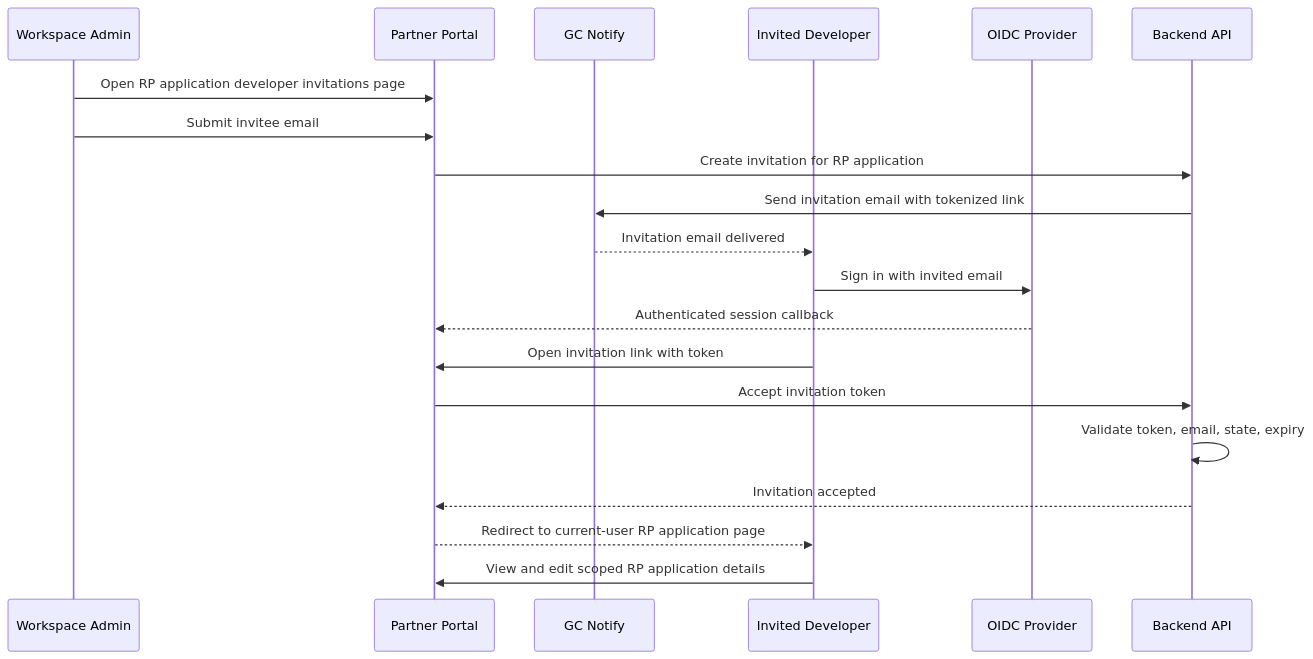
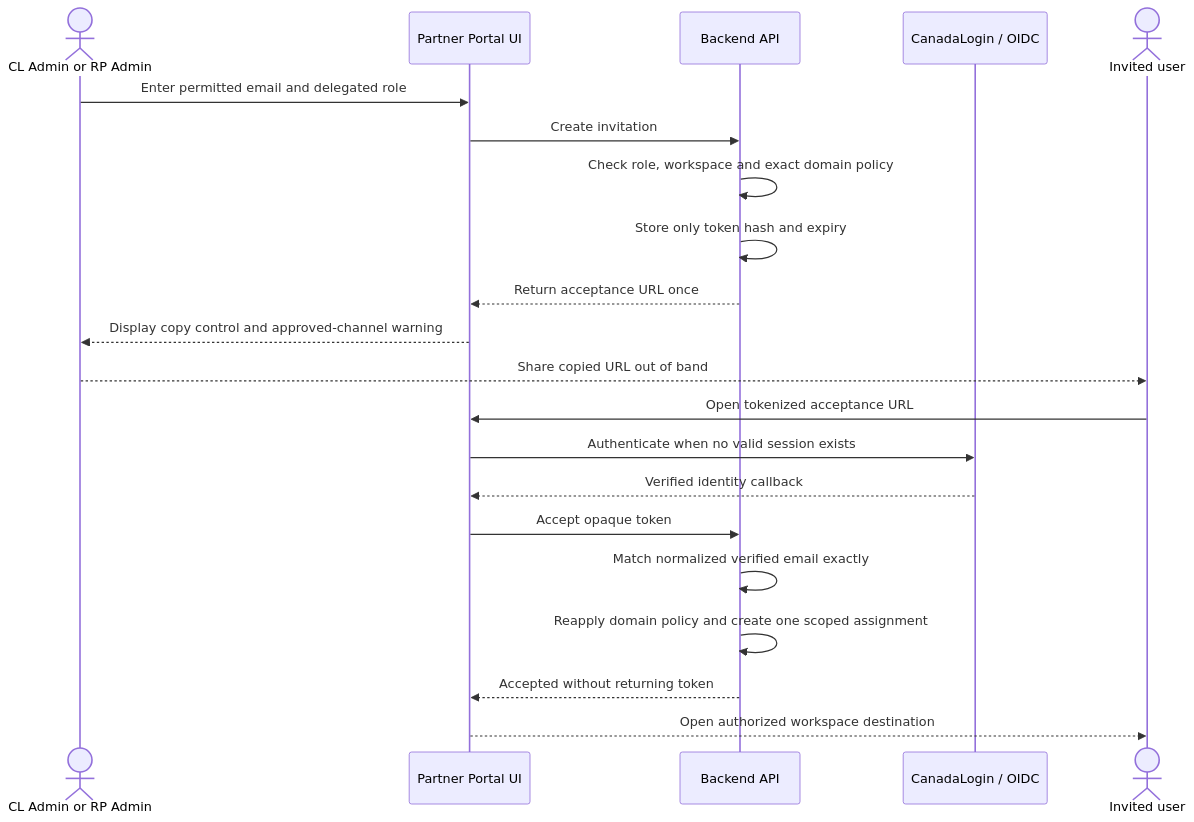
Before and after one commit to cds-snc/canadalogin-partner-portal: the third of 5 diagrams in docs/plans/partner-portal-diagrams.md, drawn with Mermaid. The commit also changed other lines of this file and 1343 other files, not shown here.

First line of the commit message:
feat(portal): deliver MVP2 onboarding, RP configuration, and invitation workflows (#160)

````diff
--- a/docs/plans/partner-portal-diagrams.md
+++ b/docs/plans/partner-portal-diagrams.md
@@ -106,24 +130,25 @@
 ```mermaid
 sequenceDiagram
-    participant Admin as Workspace Admin
-    participant Portal as Partner Portal
-    participant Notify as GC Notify
-    participant Invitee as Invited Developer
-    participant OIDC as OIDC Provider
+    actor Admin as CL Admin or RP Admin
+    participant Portal as Partner Portal UI
     participant API as Backend API
+    participant OIDC as CanadaLogin / OIDC
+    actor Invitee as Invited user
 
-    Admin->>Portal: Open RP application developer invitations page
-    Admin->>Portal: Submit invitee email
-    Portal->>API: Create invitation for RP application
-    API->>Notify: Send invitation email with tokenized link
-    Notify-->>Invitee: Invitation email delivered
+    Admin->>Portal: Enter permitted email and delegated role
+    Portal->>API: Create invitation
+    API->>API: Check role, workspace and exact domain policy
+    API->>API: Store only token hash and expiry
+    API-->>Portal: Return acceptance URL once
+    Portal-->>Admin: Display copy control and approved-channel warning
+    Admin-->>Invitee: Share copied URL out of band
 
-    Invitee->>OIDC: Sign in with invited email
-    OIDC-->>Portal: Authenticated session callback
-    Invitee->>Portal: Open invitation link with token
-    Portal->>API: Accept invitation token
-    API->>API: Validate token, email, state, expiry
-    API-->>Portal: Invitation accepted
-    Portal-->>Invitee: Redirect to current-user RP application page
-    Invitee->>Portal: View and edit scoped RP application details
+    Invitee->>Portal: Open tokenized acceptance URL
+    Portal->>OIDC: Authenticate when no valid session exists
+    OIDC-->>Portal: Verified identity callback
+    Portal->>API: Accept opaque token
+    API->>API: Match normalized verified email exactly
+    API->>API: Reapply domain policy and create one scoped assignment
+    API-->>Portal: Accepted without returning token
+    Portal-->>Invitee: Open authorized workspace destination
 ```
````
